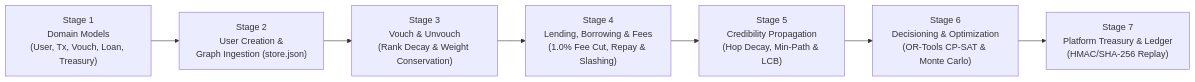
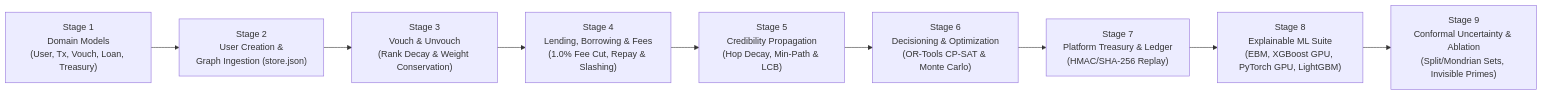
One commit to inwrongplannet/Srujana_hackathon2026_Vouch changed the diagram in backend/localdocs/Implementation_Doc.md. Above: the diagram before and after it, drawn with Mermaid. The commit also changed other lines of this file and 6 other files, not shown here.

First line of the commit message:
docs(localdocs): update architecture and implementation specs with ML pipeline and conformal prediction

````diff
--- a/backend/localdocs/Implementation_Doc.md
+++ b/backend/localdocs/Implementation_Doc.md
@@ -14,9 +14,11 @@
 ```mermaid
 flowchart LR
     A["Stage 1<br/>Domain Models<br/>(User, Tx, Vouch, Loan, Treasury)"] --> B["Stage 2<br/>User Creation &<br/>Graph Ingestion (store.json)"]
     B --> C["Stage 3<br/>Vouch & Unvouch<br/>(Rank Decay & Weight Conservation)"]
     C --> D["Stage 4<br/>Lending, Borrowing & Fees<br/>(1.0% Fee Cut, Repay & Slashing)"]
     D --> E["Stage 5<br/>Credibility Propagation<br/>(Hop Decay, Min-Path & LCB)"]
     E --> F["Stage 6<br/>Decisioning & Optimization<br/>(OR-Tools CP-SAT & Monte Carlo)"]
     F --> G["Stage 7<br/>Platform Treasury & Ledger<br/>(HMAC/SHA-256 Replay)"]
+    G --> H["Stage 8<br/>Explainable ML Suite<br/>(EBM, XGBoost GPU, PyTorch GPU, LightGBM)"]
+    H --> I["Stage 9<br/>Conformal Uncertainty & Ablation<br/>(Split/Mondrian Sets, Invisible Primes)"]
 ```
````
